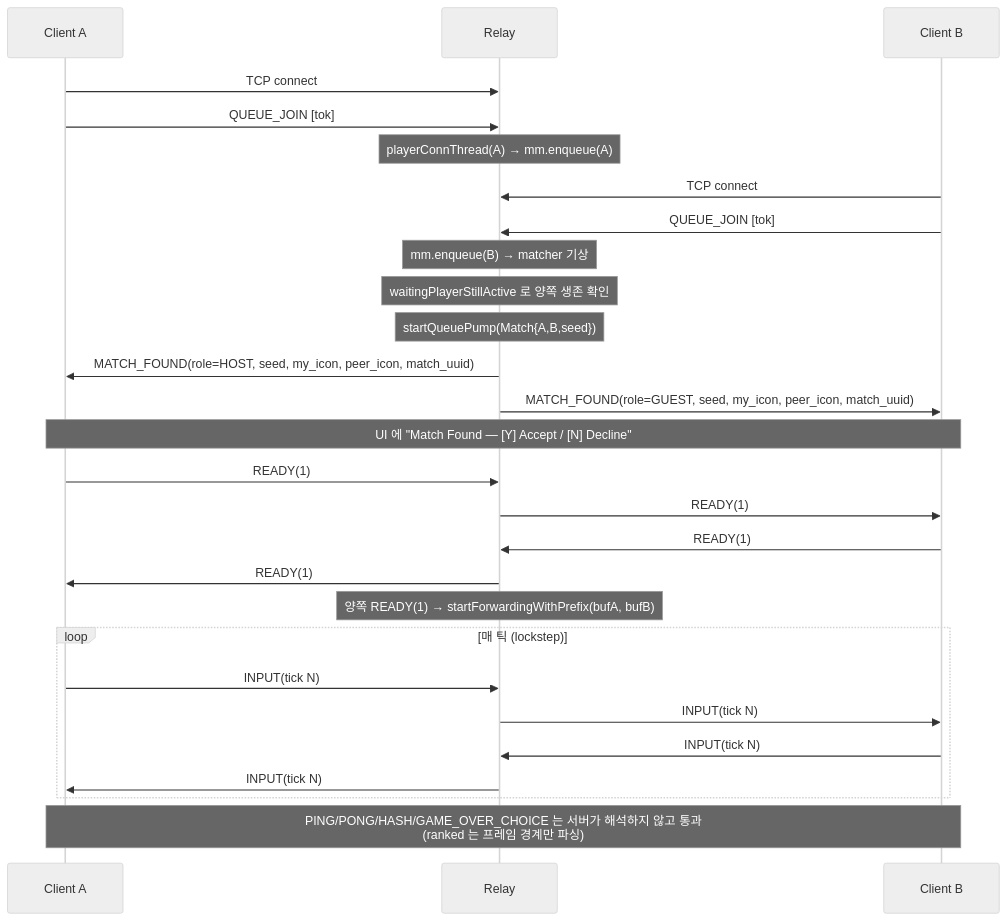
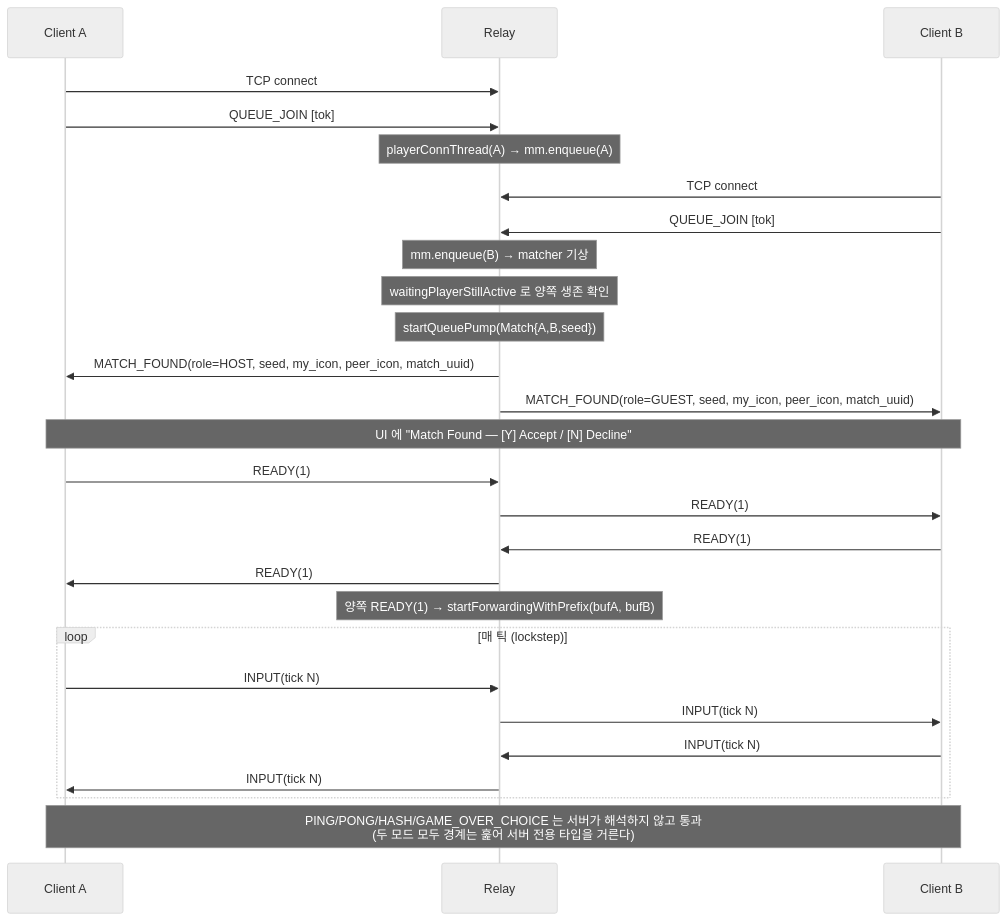
The tenth of 11 diagrams in docs/blog/part7-relay-server.md (Rein-ArXiv/Tetris-Multiplayer-RL), drawn with Mermaid (neutral theme) before and after one commit. The commit also changed other lines of this file and 4 other files, not shown here.

````diff
--- a/docs/blog/part7-relay-server.md
+++ b/docs/blog/part7-relay-server.md
@@ -3744,30 +3937,30 @@
 ```mermaid
 sequenceDiagram
     participant A as Client A
     participant R as Relay
     participant B as Client B
 
     A->>R: TCP connect
     A->>R: QUEUE_JOIN [tok]
     Note over R: playerConnThread(A) → mm.enqueue(A)
     B->>R: TCP connect
     B->>R: QUEUE_JOIN [tok]
     Note over R: mm.enqueue(B) → matcher 기상
     Note over R: waitingPlayerStillActive 로 양쪽 생존 확인
     Note over R: startQueuePump(Match{A,B,seed})
     R->>A: MATCH_FOUND(role=HOST, seed, my_icon, peer_icon, match_uuid)
     R->>B: MATCH_FOUND(role=GUEST, seed, my_icon, peer_icon, match_uuid)
     Note over A,B: UI 에 "Match Found — [Y] Accept / [N] Decline"
     A->>R: READY(1)
     R->>B: READY(1)
     B->>R: READY(1)
     R->>A: READY(1)
     Note over R: 양쪽 READY(1) → startForwardingWithPrefix(bufA, bufB)
     loop 매 틱 (lockstep)
         A->>R: INPUT(tick N)
         R->>B: INPUT(tick N)
         B->>R: INPUT(tick N)
         R->>A: INPUT(tick N)
     end
-    Note over A,B: PING/PONG/HASH/GAME_OVER_CHOICE 는 서버가 해석하지 않고 통과<br/>(ranked 는 프레임 경계만 파싱)
+    Note over A,B: PING/PONG/HASH/GAME_OVER_CHOICE 는 서버가 해석하지 않고 통과<br/>(두 모드 모두 경계는 훑어 서버 전용 타입을 거른다)
 ```
````
